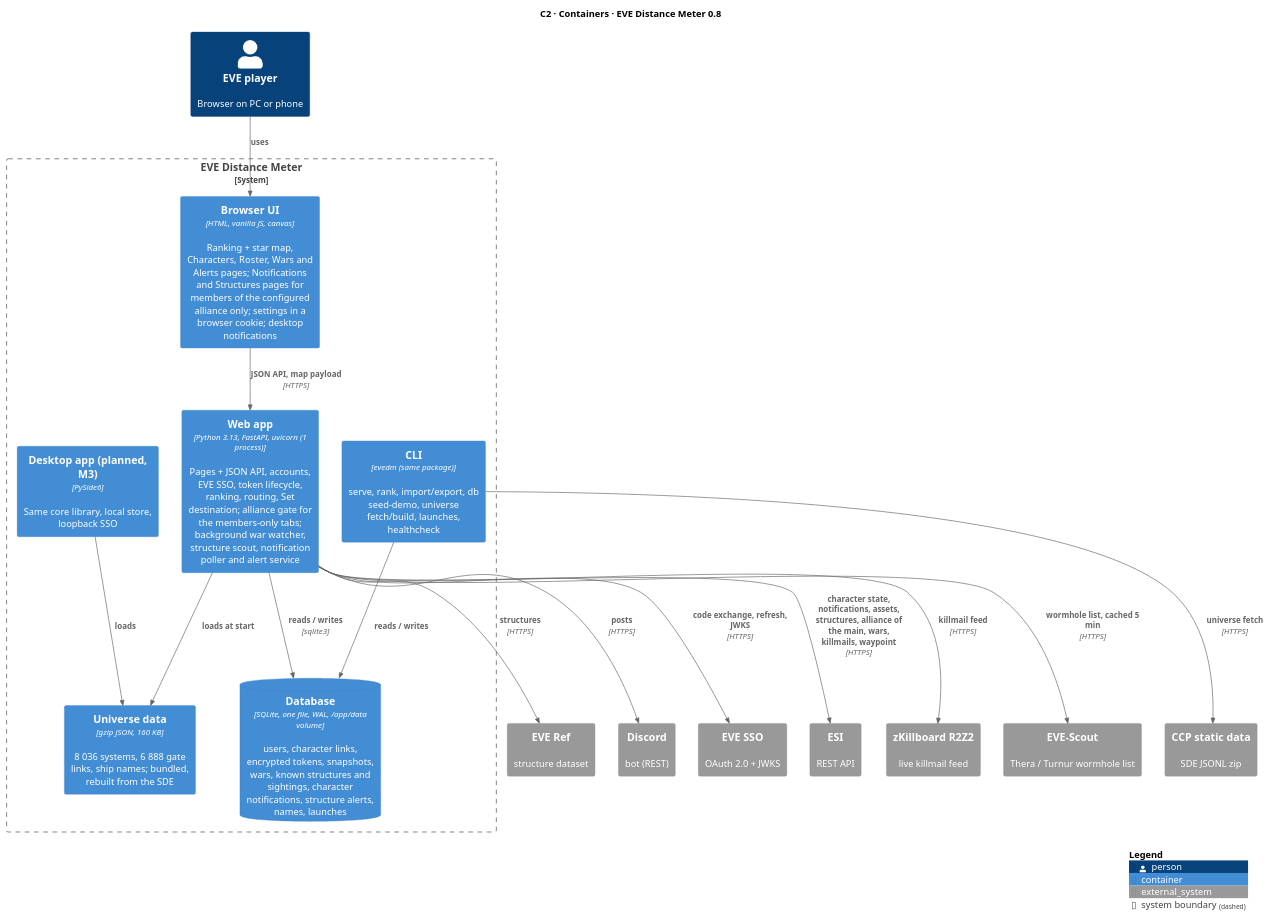
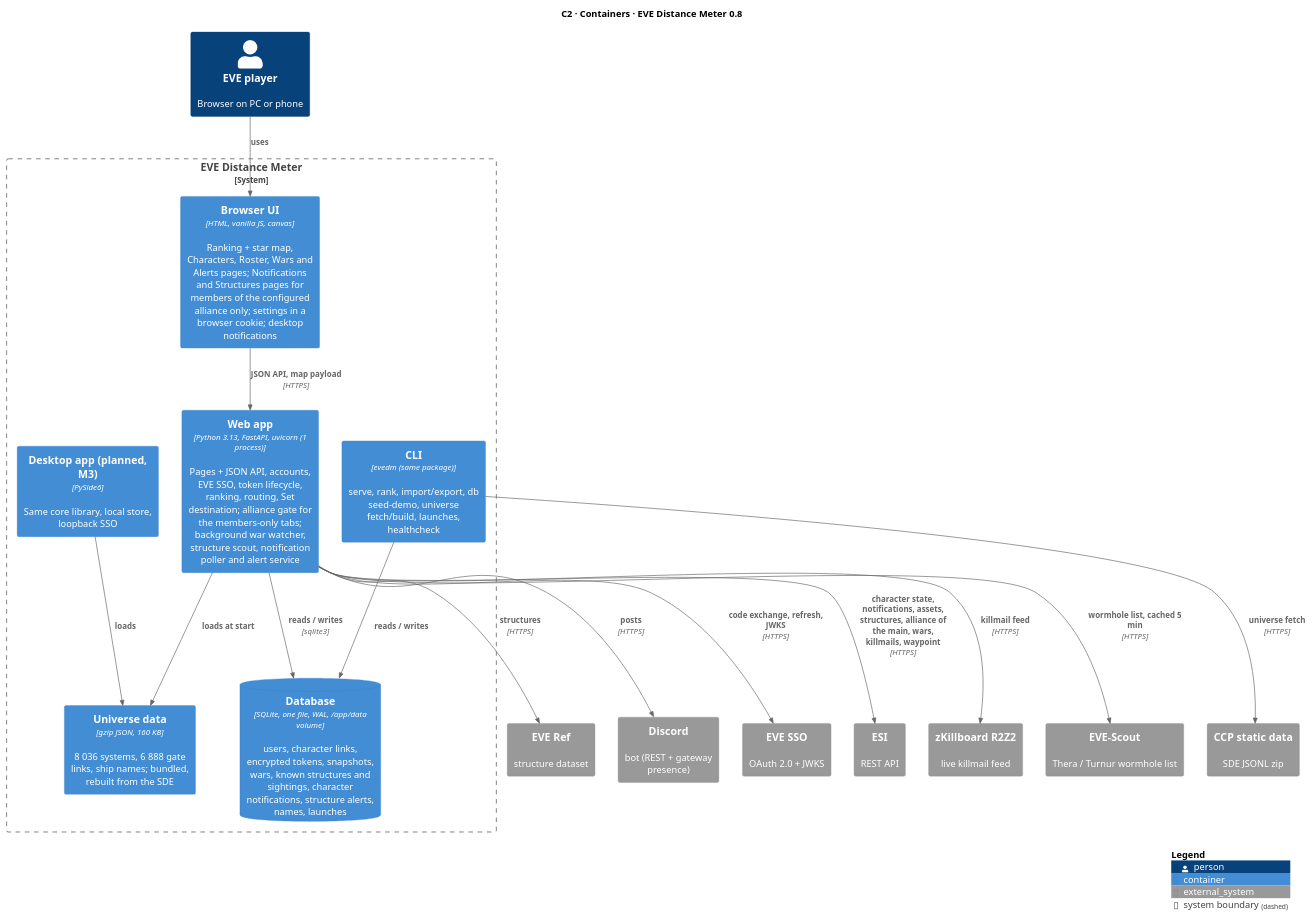
One commit to Headruner/war-bot-2 changed the diagram in docs/c4/02-c2-containers.puml. Above: the diagram before and after it, drawn with PlantUML. The commit also changed 6 other files, not shown here.

First line of the commit message:
docs: describe the online Discord bot

```diff
--- a/docs/c4/02-c2-containers.puml
+++ b/docs/c4/02-c2-containers.puml
@@ -1,38 +1,38 @@
 @startuml c2-containers
 !include <C4/C4_Container>
 title C2 · Containers · EVE Distance Meter 0.8
 LAYOUT_TOP_DOWN()
 
 Person(user, "EVE player", "Browser on PC or phone")
 System_Ext(sso, "EVE SSO", "OAuth 2.0 + JWKS")
 System_Ext(esi, "ESI", "REST API")
 System_Ext(sde, "CCP static data", "SDE JSONL zip")
 System_Ext(zkb, "zKillboard R2Z2", "live killmail feed")
 System_Ext(evescout, "EVE-Scout", "Thera / Turnur wormhole list")
 System_Ext(everef, "EVE Ref", "structure dataset")
-System_Ext(discord, "Discord", "bot (REST)")
+System_Ext(discord, "Discord", "bot (REST + gateway presence)")
 
 System_Boundary(evedm, "EVE Distance Meter") {
   Container(spa, "Browser UI", "HTML, vanilla JS, canvas", "Ranking + star map, Characters, Roster, Wars and Alerts pages; Notifications and Structures pages for members of the configured alliance only; settings in a browser cookie; desktop notifications")
   Container(web, "Web app", "Python 3.13, FastAPI, uvicorn (1 process)", "Pages + JSON API, accounts, EVE SSO, token lifecycle, ranking, routing, Set destination; alliance gate for the members-only tabs; background war watcher, structure scout, notification poller and alert service")
   ContainerDb(db, "Database", "SQLite, one file, WAL, /app/data volume", "users, character links, encrypted tokens, snapshots, wars, known structures and sightings, character notifications, structure alerts, names, launches")
   Container(universe, "Universe data", "gzip JSON, 160 KB", "8 036 systems, 6 888 gate links, ship names; bundled, rebuilt from the SDE")
   Container(cli, "CLI", "evedm (same package)", "serve, rank, import/export, db seed-demo, universe fetch/build, launches, healthcheck")
   Container(desktop, "Desktop app (planned, M3)", "PySide6", "Same core library, local store, loopback SSO")
 }
 
 Rel(user, spa, "uses")
 Rel(spa, web, "JSON API, map payload", "HTTPS")
 Rel(web, db, "reads / writes", "sqlite3")
 Rel(web, universe, "loads at start")
 Rel(cli, db, "reads / writes")
 Rel(cli, sde, "universe fetch", "HTTPS")
 Rel(web, sso, "code exchange, refresh, JWKS", "HTTPS")
 Rel(web, esi, "character state, notifications, assets, structures, alliance of the main, wars, killmails, waypoint", "HTTPS")
 Rel(web, zkb, "killmail feed", "HTTPS")
 Rel(web, evescout, "wormhole list, cached 5 min", "HTTPS")
 Rel(web, everef, "structures", "HTTPS")
 Rel(web, discord, "posts", "HTTPS")
 Rel(desktop, universe, "loads")
 SHOW_LEGEND()
 @enduml
```
